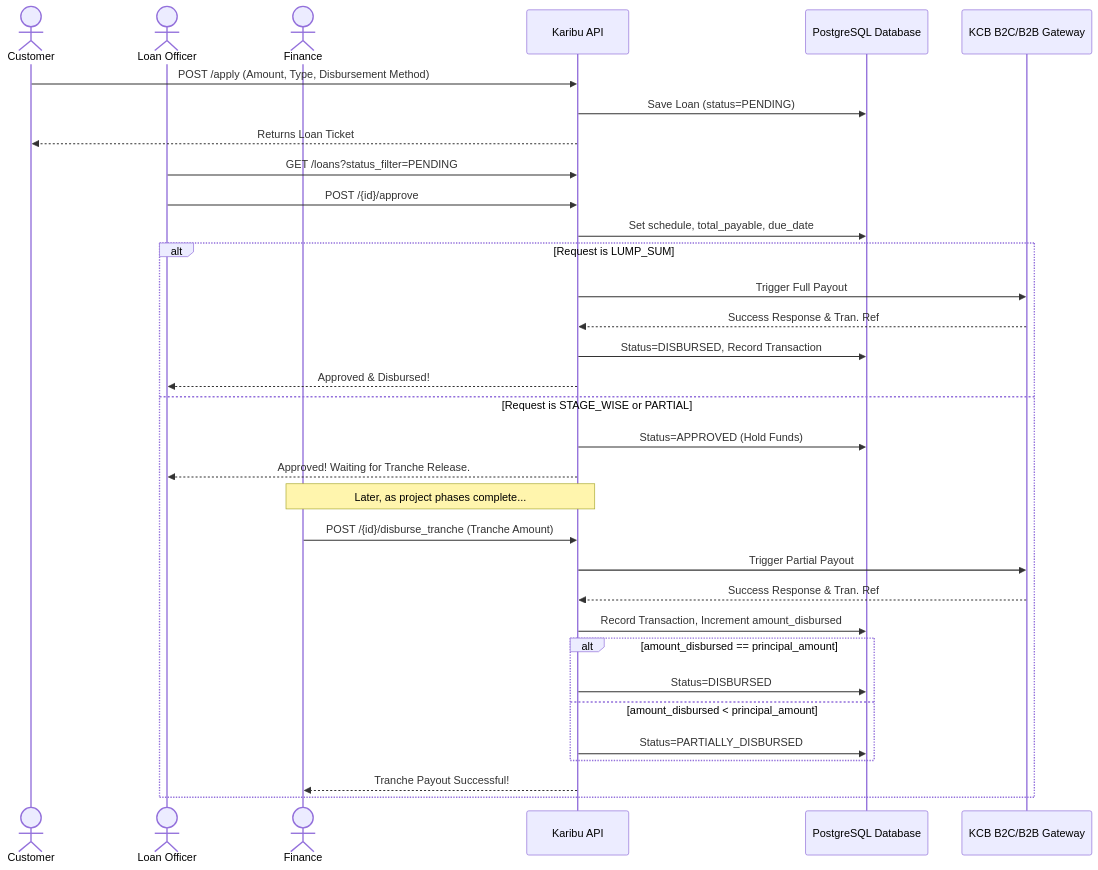
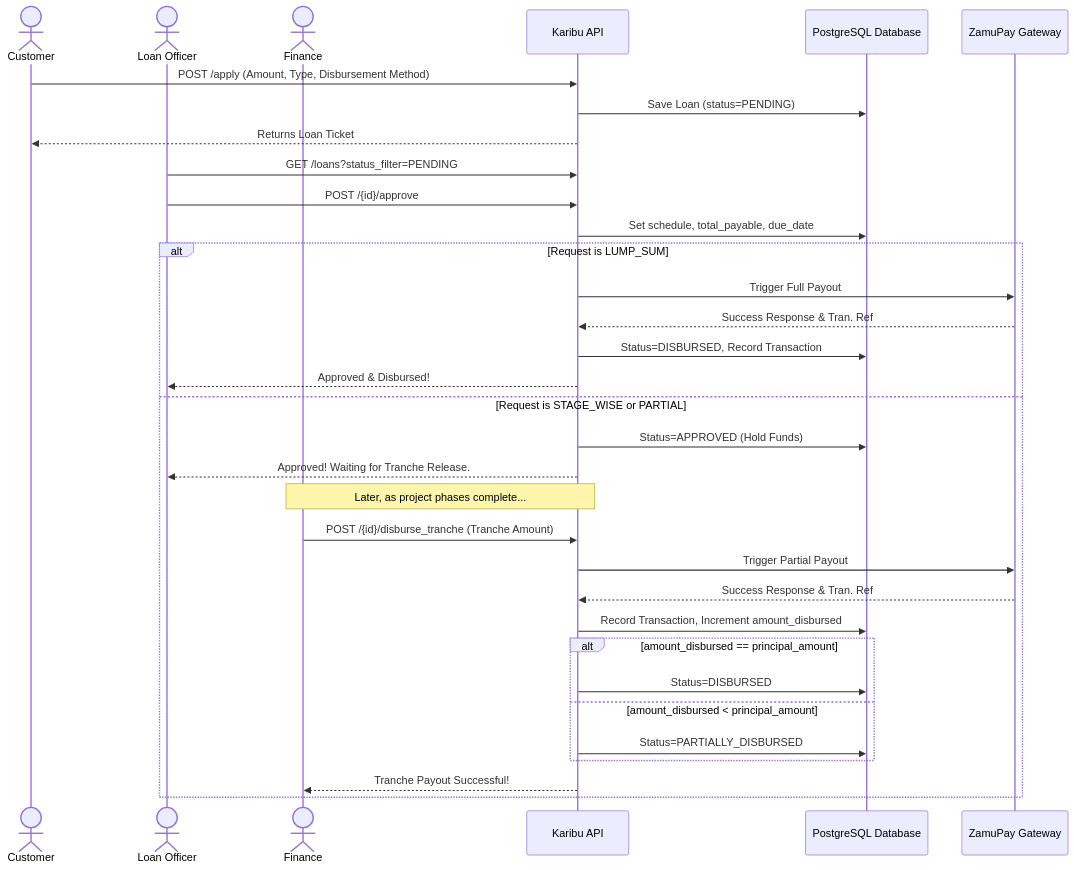
Before and after one commit to MuthamiM/karibu-credit: the first of 5 diagrams in docs/docs.md, drawn with Mermaid. The commit also changed other lines of this file and 6 other files, not shown here.

Commit message:
chore: purge all legacy KCB references from frontend, docs, and design scripts — replaced with ZamuPay

````diff
--- a/docs/docs.md
+++ b/docs/docs.md
@@ -6,39 +6,39 @@
 ```mermaid
 sequenceDiagram
     actor Customer
     actor Officer as Loan Officer
     actor Finance
     participant API as Karibu API
     participant DB as PostgreSQL Database
-    participant KCB as KCB B2C/B2B Gateway
+    participant ZamuPay as ZamuPay Gateway
 
     Customer->>API: POST /apply (Amount, Type, Disbursement Method)
     API->>DB: Save Loan (status=PENDING)
     API-->>Customer: Returns Loan Ticket
 
     Officer->>API: GET /loans?status_filter=PENDING
     Officer->>API: POST /{id}/approve
     API->>DB: Set schedule, total_payable, due_date
 
     alt Request is LUMP_SUM
-        API->>KCB: Trigger Full Payout
-        KCB-->>API: Success Response & Tran. Ref
+        API->>ZamuPay: Trigger Full Payout
+        ZamuPay-->>API: Success Response & Tran. Ref
         API->>DB: Status=DISBURSED, Record Transaction
         API-->>Officer: Approved & Disbursed!
     else Request is STAGE_WISE or PARTIAL
         API->>DB: Status=APPROVED (Hold Funds)
         API-->>Officer: Approved! Waiting for Tranche Release.
         Note over Finance, API: Later, as project phases complete...
         Finance->>API: POST /{id}/disburse_tranche (Tranche Amount)
-        API->>KCB: Trigger Partial Payout
-        KCB-->>API: Success Response & Tran. Ref
+        API->>ZamuPay: Trigger Partial Payout
+        ZamuPay-->>API: Success Response & Tran. Ref
         API->>DB: Record Transaction, Increment amount_disbursed
         
         alt amount_disbursed == principal_amount
             API->>DB: Status=DISBURSED
         else amount_disbursed < principal_amount
             API->>DB: Status=PARTIALLY_DISBURSED
         end
         API-->>Finance: Tranche Payout Successful!
     end
 ```
````
